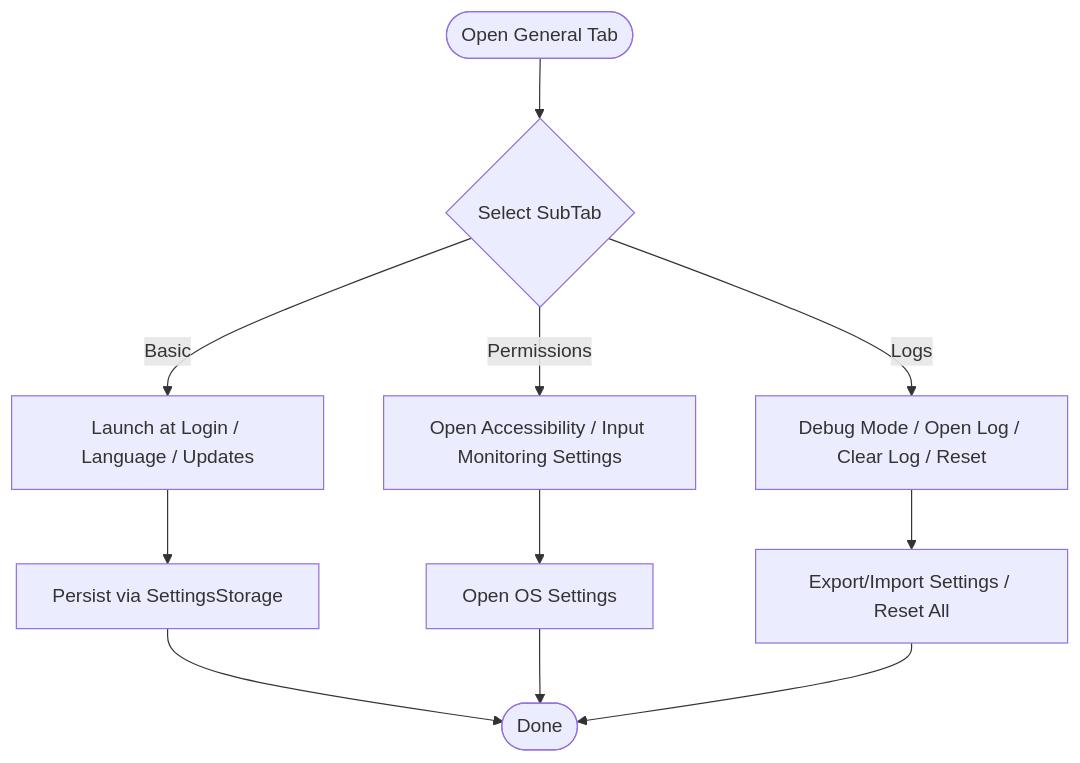
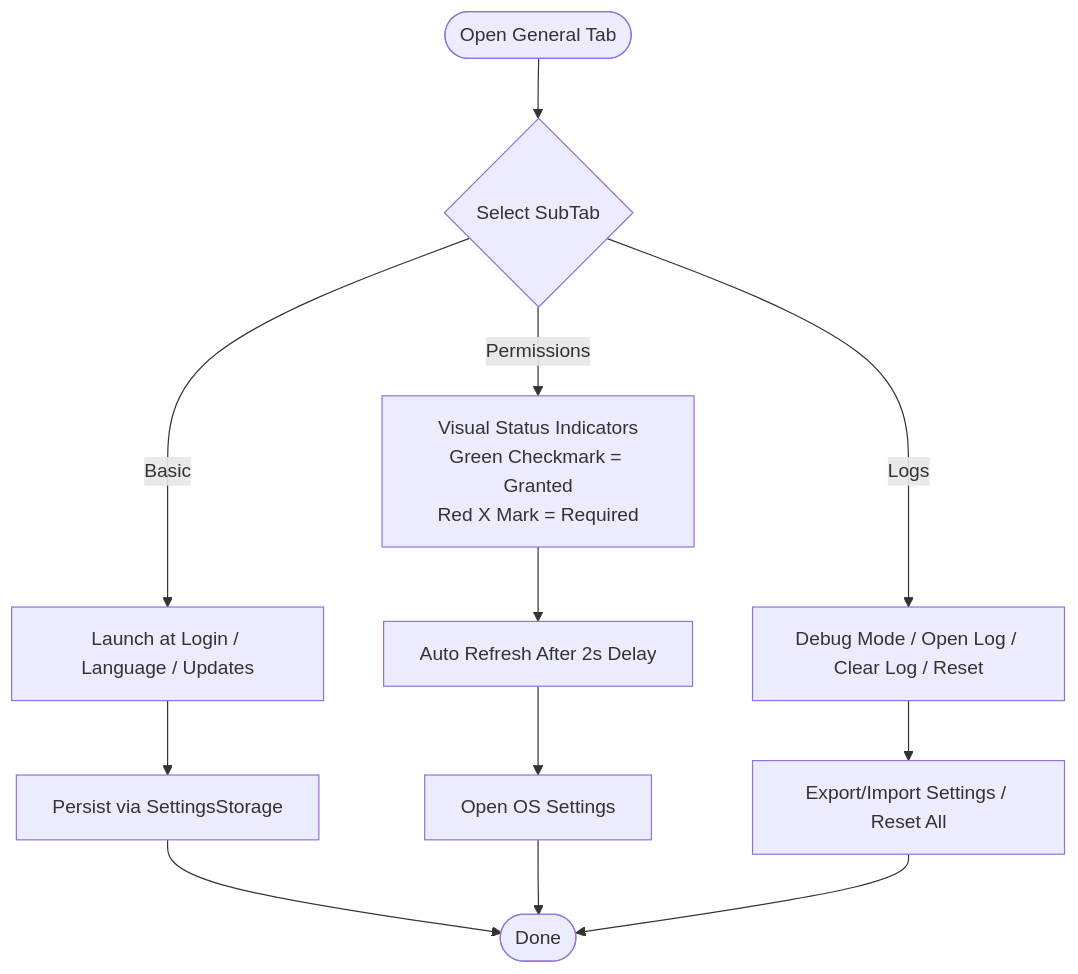
One commit to Nam088/skey changed the third of 8 diagrams in .qoder/repowiki/en/content/macOS Application/Settings Interface/Settings Tabs.md. Above: the diagram before and after it, drawn with Mermaid. The commit also changed other lines of this file and 169 other files, not shown here.

````diff
--- a/.qoder/repowiki/en/content/macOS Application/Settings Interface/Settings Tabs.md
+++ b/.qoder/repowiki/en/content/macOS Application/Settings Interface/Settings Tabs.md
@@ -185,13 +201,14 @@
 ```mermaid
 flowchart TD
 Start(["Open General Tab"]) --> SubTabs{"Select SubTab"}
 SubTabs --> |Basic| Basic["Launch at Login / Language / Updates"]
-SubTabs --> |Permissions| Perm["Open Accessibility / Input Monitoring Settings"]
+SubTabs --> |Permissions| Perm["Visual Status Indicators<br/>Green Checkmark = Granted<br/>Red X Mark = Required"]
 SubTabs --> |Logs| Logs["Debug Mode / Open Log / Clear Log / Reset"]
+Perm --> AutoRefresh["Auto Refresh After 2s Delay"]
 Basic --> Save["Persist via SettingsStorage"]
-Perm --> System["Open OS Settings"]
+AutoRefresh --> System["Open OS Settings"]
 Logs --> Actions["Export/Import Settings / Reset All"]
 Save --> End(["Done"])
 System --> End
 Actions --> End
 ```
````
